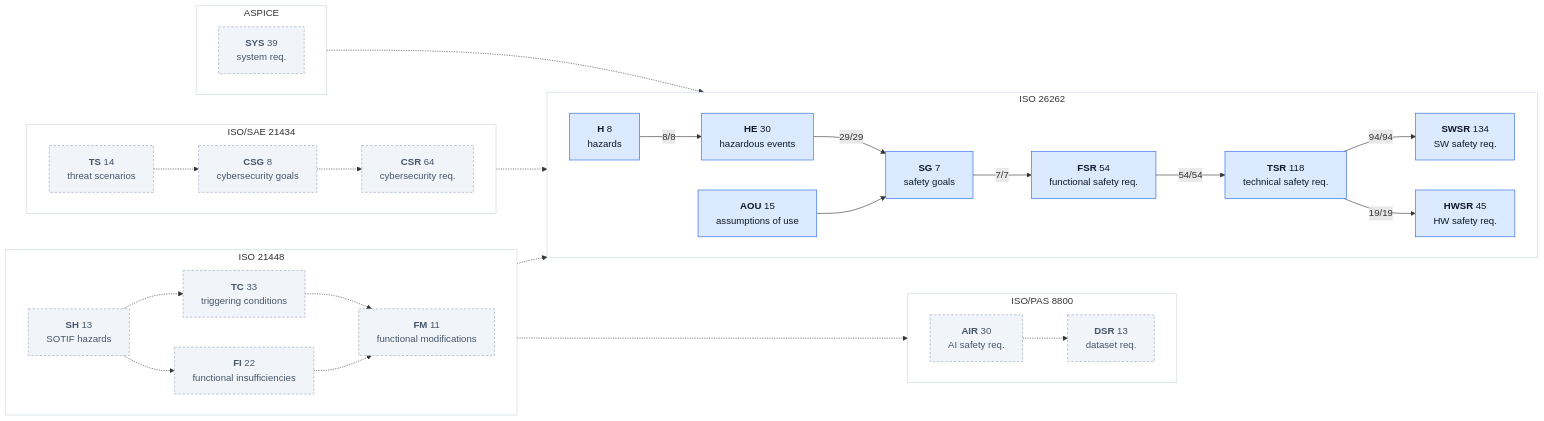
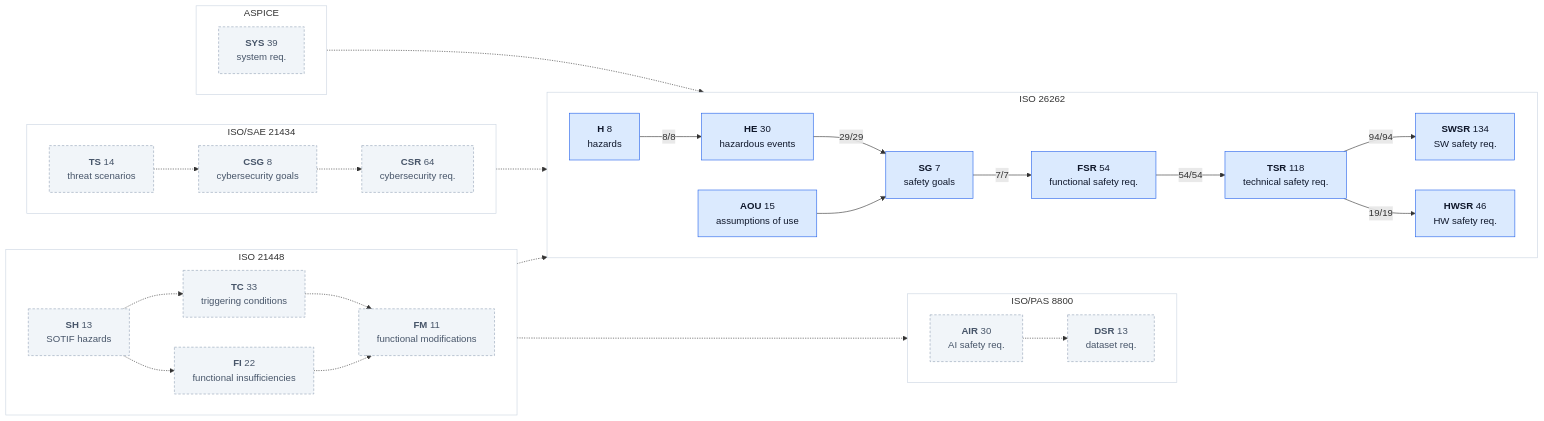
One commit to jherrodthomas/LionDriver changed the second of 2 diagrams in assurance/trace/maps/aspice-trace-map.md. Above: the diagram before and after it, drawn with Mermaid. The commit also changed other lines of this file and 48 other files, not shown here.

````diff
--- a/assurance/trace/maps/aspice-trace-map.md
+++ b/assurance/trace/maps/aspice-trace-map.md
@@ -188,61 +188,61 @@
 ```mermaid
 flowchart LR
   subgraph ISO26262["ISO 26262"]
     direction LR
     kH["<b>H</b> 8<br/>hazards"]:::traced
     kHE["<b>HE</b> 30<br/>hazardous events"]:::traced
     kSG["<b>SG</b> 7<br/>safety goals"]:::traced
     kFSR["<b>FSR</b> 54<br/>functional safety req."]:::traced
     kTSR["<b>TSR</b> 118<br/>technical safety req."]:::traced
     kSWSR["<b>SWSR</b> 134<br/>SW safety req."]:::traced
-    kHWSR["<b>HWSR</b> 45<br/>HW safety req."]:::traced
+    kHWSR["<b>HWSR</b> 46<br/>HW safety req."]:::traced
     kAOU["<b>AOU</b> 15<br/>assumptions of use"]:::traced
   end
   style ISO26262 fill:#FFFFFF,stroke:#CBD5E1
   subgraph ISO21448["ISO 21448"]
     direction LR
     kSH["<b>SH</b> 13<br/>SOTIF hazards"]:::doc
     kTC["<b>TC</b> 33<br/>triggering conditions"]:::doc
     kFI["<b>FI</b> 22<br/>functional insufficiencies"]:::doc
     kFM["<b>FM</b> 11<br/>functional modifications"]:::doc
   end
   style ISO21448 fill:#FFFFFF,stroke:#CBD5E1
   subgraph ISOPAS8800["ISO/PAS 8800"]
     direction LR
     kAIR["<b>AIR</b> 30<br/>AI safety req."]:::doc
     kDSR["<b>DSR</b> 13<br/>dataset req."]:::doc
   end
   style ISOPAS8800 fill:#FFFFFF,stroke:#CBD5E1
   subgraph ISOSAE21434["ISO/SAE 21434"]
     direction LR
     kTS["<b>TS</b> 14<br/>threat scenarios"]:::doc
     kCSG["<b>CSG</b> 8<br/>cybersecurity goals"]:::doc
     kCSR["<b>CSR</b> 64<br/>cybersecurity req."]:::doc
   end
   style ISOSAE21434 fill:#FFFFFF,stroke:#CBD5E1
   subgraph ASPICE["ASPICE"]
     direction LR
     kSYS["<b>SYS</b> 39<br/>system req."]:::doc
   end
   style ASPICE fill:#FFFFFF,stroke:#CBD5E1
   kH -->|"8/8"| kHE
   kHE -->|"29/29"| kSG
   kSG -->|"7/7"| kFSR
   kFSR -->|"54/54"| kTSR
   kTSR -->|"94/94"| kSWSR
   kTSR -->|"19/19"| kHWSR
   kAOU --> kSG
   kSH -.-> kTC
   kSH -.-> kFI
   kTC -.-> kFM
   kFI -.-> kFM
   kSH -.-> kHE
   kFI -.-> kAIR
   kAIR -.-> kDSR
   kTS -.-> kCSG
   kCSG -.-> kCSR
   kCSG -.-> kSG
   kSYS -.-> kTSR
   classDef traced fill:#DBEAFE,stroke:#2563EB,color:#0F172A
   classDef doc fill:#F1F5F9,stroke:#94A3B8,stroke-dasharray:4 3,color:#475569
 ```
````
